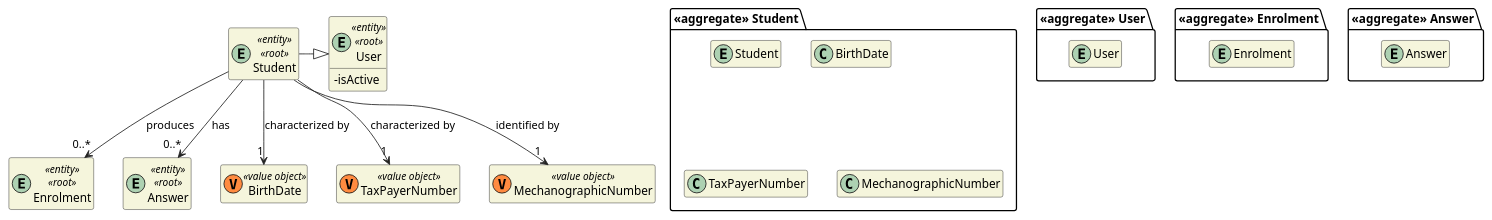
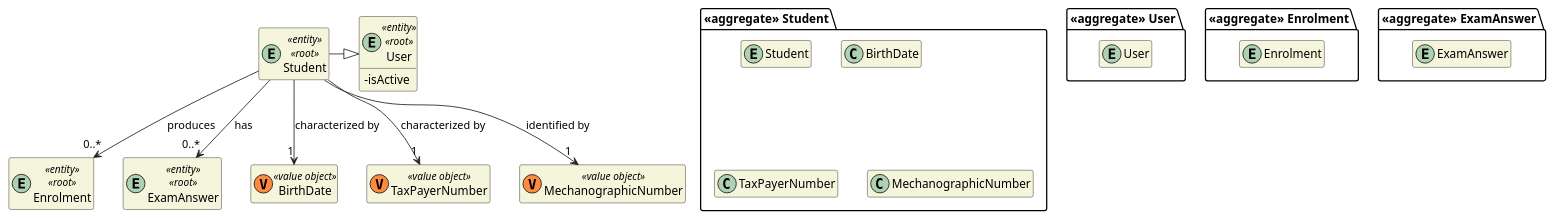
One commit to miseEnPlace-dev/lapr4 changed the diagram in docs/dm/DM_Student.puml. Above: the diagram before and after it, drawn with PlantUML. The commit also changed 14 other files, not shown here.

```diff
--- a/docs/dm/DM_Student.puml
+++ b/docs/dm/DM_Student.puml
@@ -1,57 +1,57 @@
 @startuml DM-STUDENT
 'https://plantuml.com/class-diagram
 
 skinparam classAttributeIconSize 0
 hide empty attributes
 hide empty methods
 skinparam classBackgroundColor beige
 skinparam ArrowColor #222222
 
 package "<<aggregate>> User" {
     entity User
 }
 
 entity User <<entity>> <<root>> {
   - isActive
 }
 
 package "<<aggregate>> Enrolment" {
   entity Enrolment
 }
 
 entity Enrolment <<entity>> <<root>> {
 }
 
-package "<<aggregate>> Answer" {
-  entity Answer
+package "<<aggregate>> ExamAnswer" {
+  entity ExamAnswer
 }
 
-entity Answer <<entity>> <<root>> {
+entity ExamAnswer <<entity>> <<root>> {
 }
 
 package "<<aggregate>> Student" {
   entity Student
 
   class BirthDate
   class TaxPayerNumber
   class MechanographicNumber
 }
 
 entity Student <<entity>> <<root>> {
 }
 
 class BirthDate <<(V,#FF8B40) value object>> {}
 class TaxPayerNumber <<(V,#FF8B40) value object>> {}
 class MechanographicNumber <<(V,#FF8B40) value object>> {}
 
 Student --> "1" BirthDate : characterized by
 Student --> "1" TaxPayerNumber : characterized by
 Student --> "1" MechanographicNumber : identified by
 
 Student -|> User
 
 Student --> "0..*" Enrolment : produces
 
-Student --> "0..*" Answer : has
+Student --> "0..*" ExamAnswer : has
 
 @enduml
```
